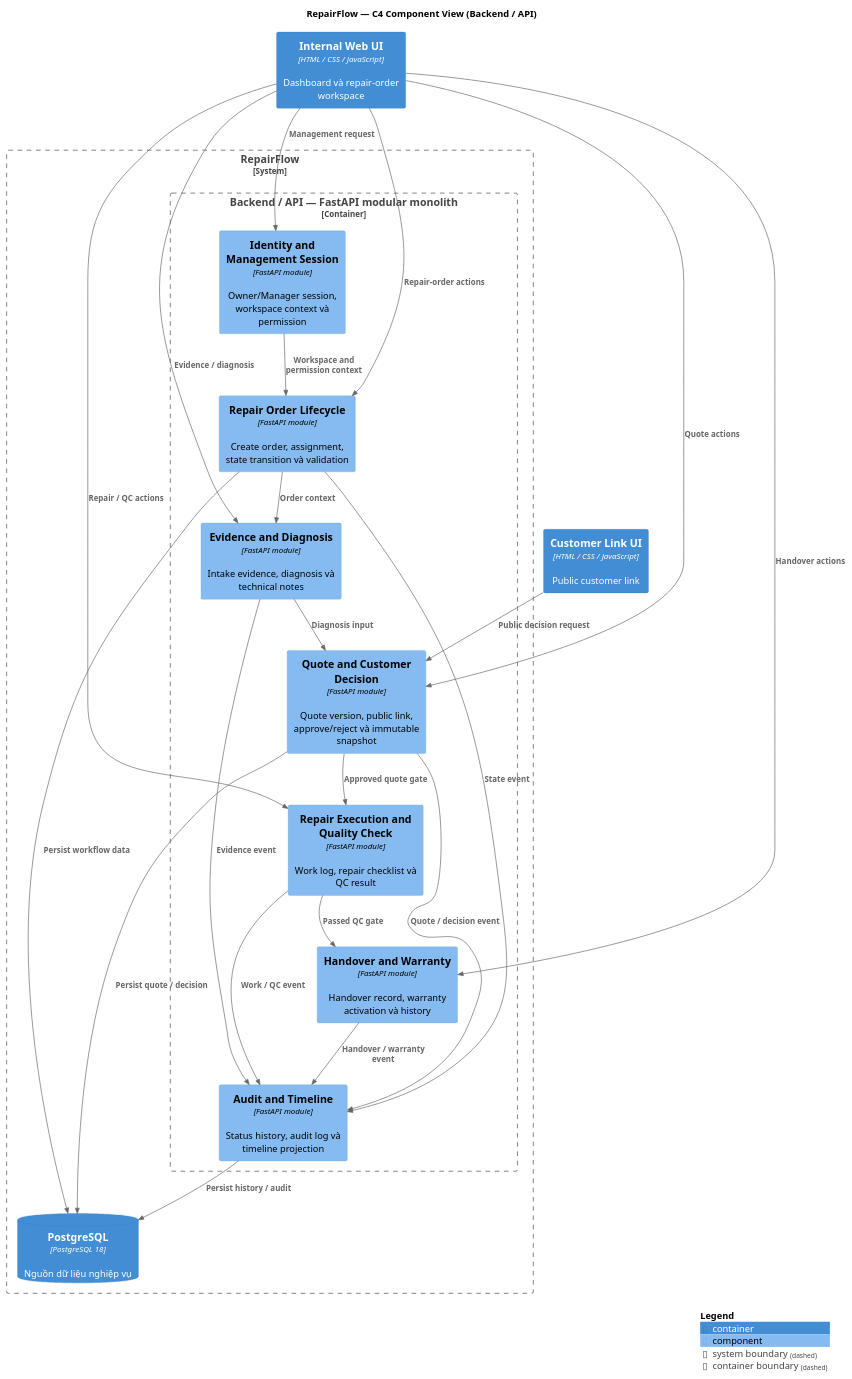
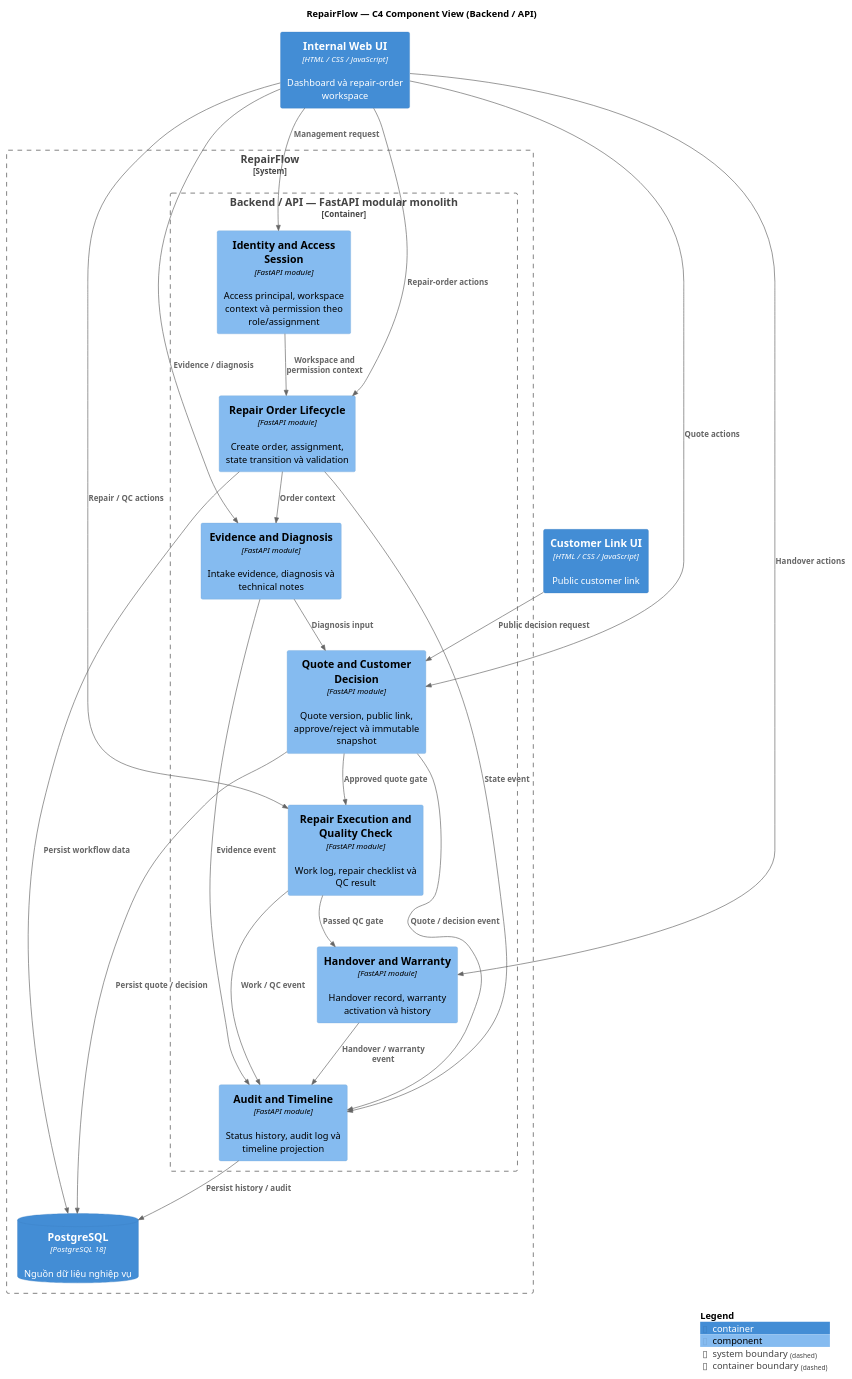
Before and after one commit to datdt03/DOTHANHDAT_INTERN_01278: the diagram in docs/v0/architecture/repairflow-c4-component.puml, drawn with PlantUML. The commit also changed 20 other files, not shown here.

Commit message:
feat(docs): add use case overview diagram for RepairFlow

```diff
--- a/docs/v0/architecture/repairflow-c4-component.puml
+++ b/docs/v0/architecture/repairflow-c4-component.puml
@@ -1,46 +1,46 @@
 @startuml repairflow-c4-component
 !include <C4/C4_Component>
 
 LAYOUT_TOP_DOWN()
 title RepairFlow — C4 Component View (Backend / API)
 
 Container(internalUi, "Internal Web UI", "HTML / CSS / JavaScript", "Dashboard và repair-order workspace")
 Container(customerUi, "Customer Link UI", "HTML / CSS / JavaScript", "Public customer link")
 
 System_Boundary(repairflow, "RepairFlow") {
     Container_Boundary(api, "Backend / API — FastAPI modular monolith") {
-        Component(identity, "Identity and Management Session", "FastAPI module", "Owner/Manager session, workspace context và permission")
+        Component(identity, "Identity and Access Session", "FastAPI module", "Access principal, workspace context và permission theo role/assignment")
         Component(order, "Repair Order Lifecycle", "FastAPI module", "Create order, assignment, state transition và validation")
         Component(evidence, "Evidence and Diagnosis", "FastAPI module", "Intake evidence, diagnosis và technical notes")
         Component(quote, "Quote and Customer Decision", "FastAPI module", "Quote version, public link, approve/reject và immutable snapshot")
         Component(execution, "Repair Execution and Quality Check", "FastAPI module", "Work log, repair checklist và QC result")
         Component(handover, "Handover and Warranty", "FastAPI module", "Handover record, warranty activation và history")
         Component(audit, "Audit and Timeline", "FastAPI module", "Status history, audit log và timeline projection")
     }
     ContainerDb(database, "PostgreSQL", "PostgreSQL 18", "Nguồn dữ liệu nghiệp vụ")
 }
 
 Rel(internalUi, identity, "Management request")
 Rel(internalUi, order, "Repair-order actions")
 Rel(internalUi, evidence, "Evidence / diagnosis")
 Rel(internalUi, quote, "Quote actions")
 Rel(internalUi, execution, "Repair / QC actions")
 Rel(internalUi, handover, "Handover actions")
 Rel(customerUi, quote, "Public decision request")
 
 Rel(identity, order, "Workspace and permission context")
 Rel(order, evidence, "Order context")
 Rel(evidence, quote, "Diagnosis input")
 Rel(quote, execution, "Approved quote gate")
 Rel(execution, handover, "Passed QC gate")
 Rel(order, audit, "State event")
 Rel(evidence, audit, "Evidence event")
 Rel(quote, audit, "Quote / decision event")
 Rel(execution, audit, "Work / QC event")
 Rel(handover, audit, "Handover / warranty event")
 Rel(order, database, "Persist workflow data")
 Rel(quote, database, "Persist quote / decision")
 Rel(audit, database, "Persist history / audit")
 
 SHOW_LEGEND()
 @enduml
```
